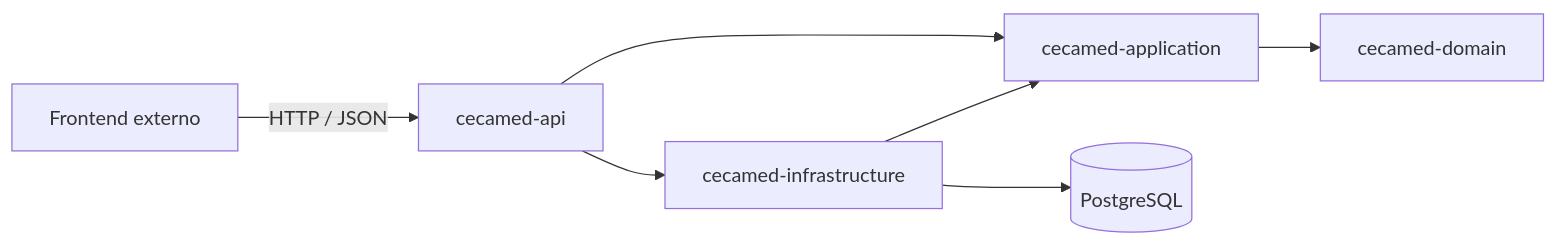
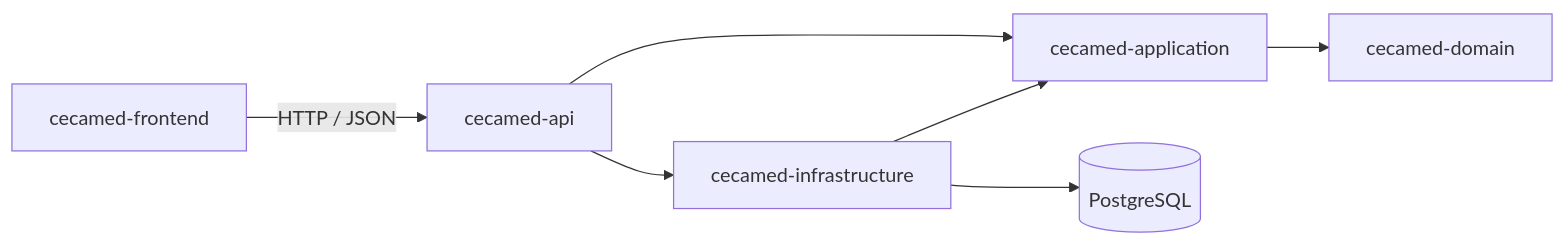
One commit to PabloCastanedaMartinez/medical-system-umg changed the diagram in README.md. Above: the diagram before and after it, drawn with Mermaid. The commit also changed other lines of this file and 2 other files, not shown here.

Commit message:
documentacion del frontend

````diff
--- a/README.md
+++ b/README.md
@@ -41,9 +46,9 @@
 ```mermaid
 flowchart LR
-    Frontend[Frontend externo] -->|HTTP / JSON| API[cecamed-api]
+    Frontend[cecamed-frontend] -->|HTTP / JSON| API[cecamed-api]
     API --> Application[cecamed-application]
     API --> Infrastructure[cecamed-infrastructure]
     Infrastructure --> Application
     Application --> Domain[cecamed-domain]
     Infrastructure --> PostgreSQL[(PostgreSQL)]
 ```
````
